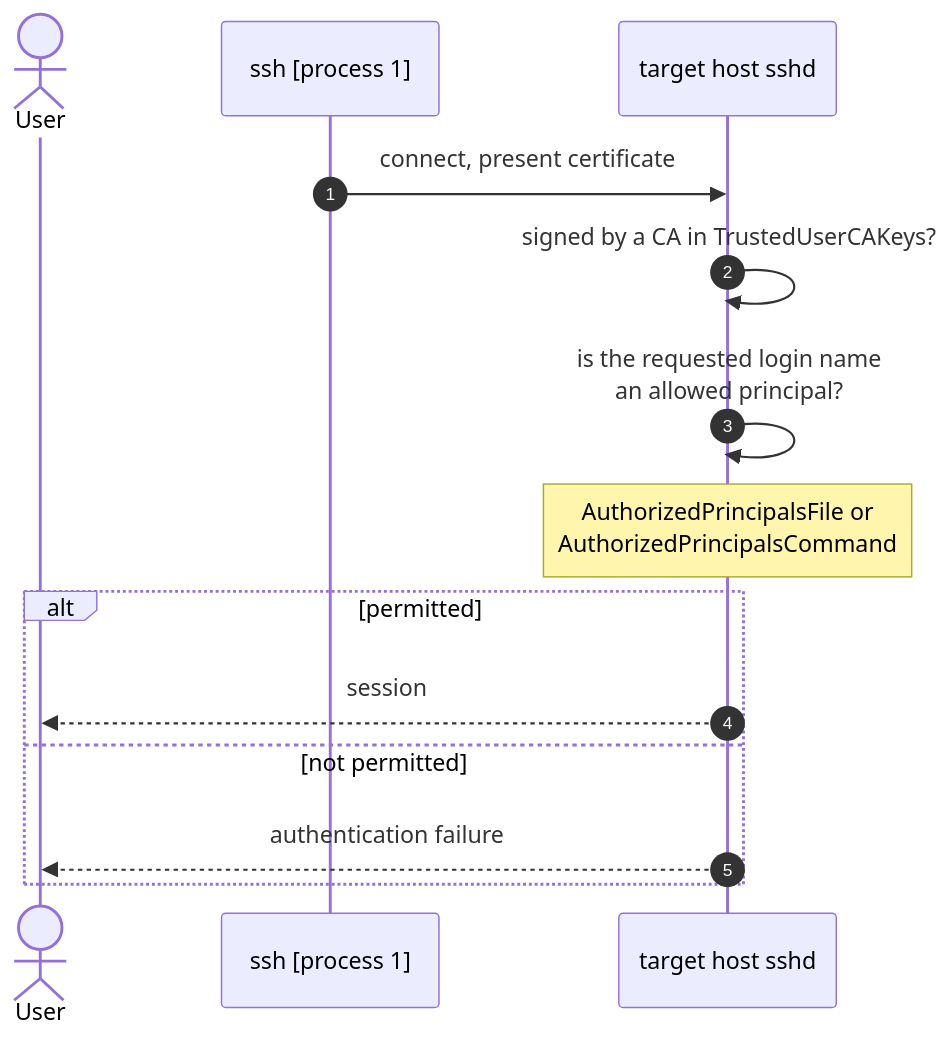
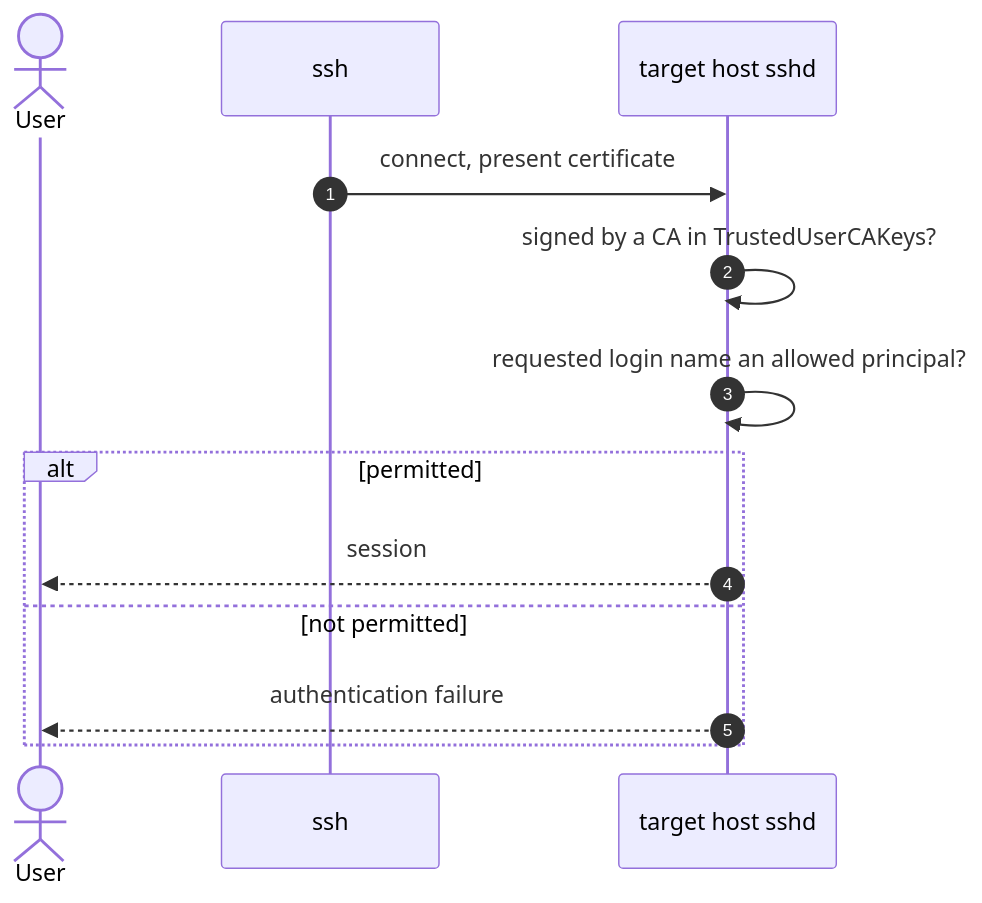
Before and after one commit to mnestor/ssoossh: the fourth of 11 diagrams in docs/flows.md, drawn with Mermaid. The commit also changed other lines of this file and 81 other files, not shown here.

````diff
--- a/docs/flows.md
+++ b/docs/flows.md
@@ -111,19 +99,16 @@
 ```mermaid
 sequenceDiagram
     autonumber
     actor User
-    participant SSH as ssh [process 1]
+    participant SSH as ssh
     participant Host as target host sshd
 
     SSH->>Host: connect, present certificate
-
     Host->>Host: signed by a CA in TrustedUserCAKeys?
-    Host->>Host: is the requested login name<br/>an allowed principal?
-    Note over Host: AuthorizedPrincipalsFile or<br/>AuthorizedPrincipalsCommand
-
+    Host->>Host: requested login name an allowed principal?
     alt permitted
         Host-->>User: session
     else not permitted
         Host-->>User: authentication failure
     end
 ```
````
